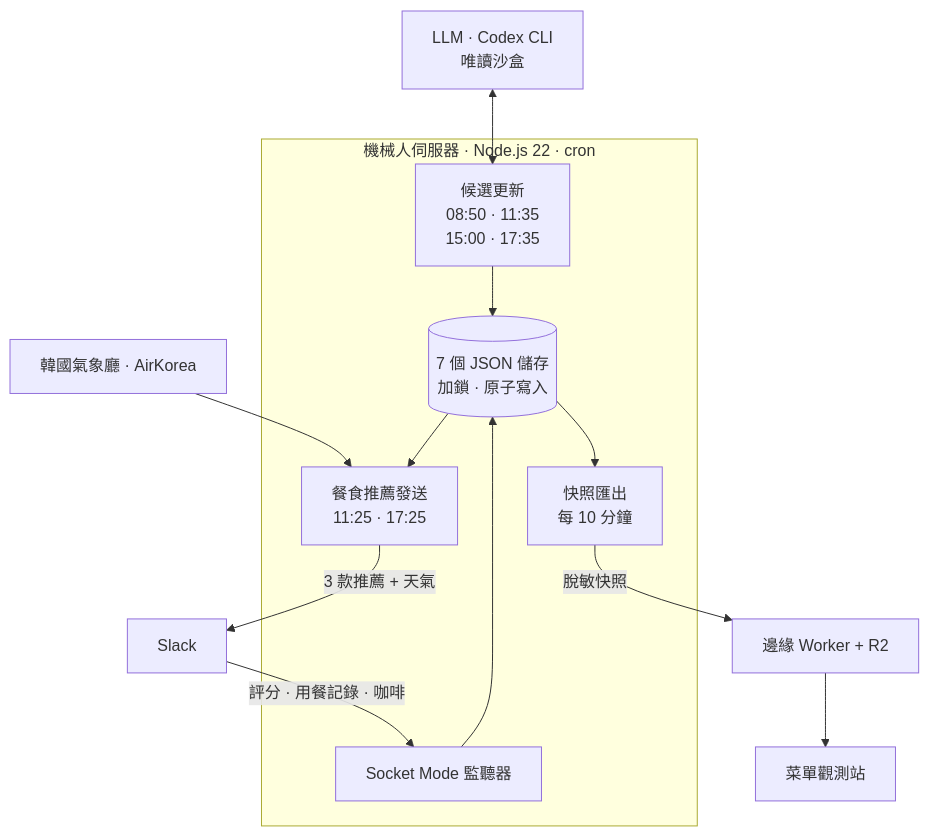
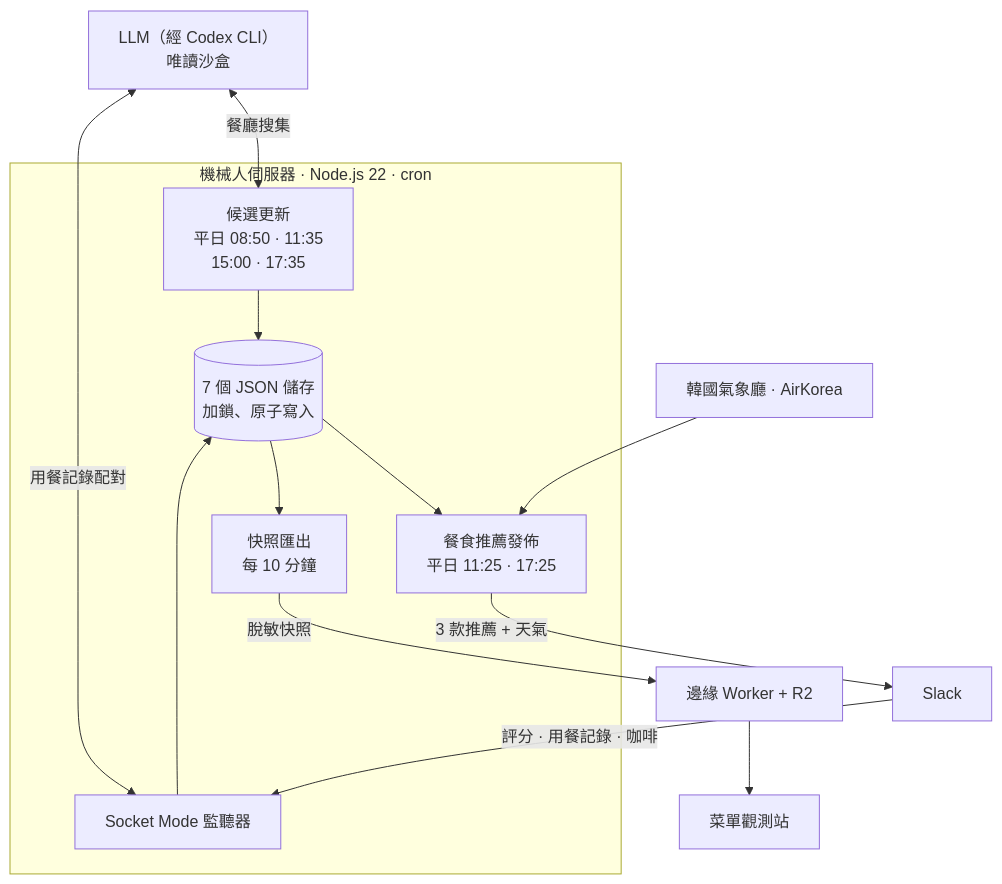
Before and after one commit to jumincho/ojeommwo: the diagram in README.zh-HK.md, drawn with Mermaid. The commit also changed other lines of this file and 3 other files, not shown here.

````diff
--- a/README.zh-HK.md
+++ b/README.zh-HK.md
@@ -47,26 +47,27 @@
 ```mermaid
 flowchart TB
-  llm["LLM · Codex CLI<br/>唯讀沙盒"]
+  llm["LLM（經 Codex CLI）<br/>唯讀沙盒"]
   weather["韓國氣象廳 · AirKorea"]
   subgraph bot["機械人伺服器 · Node.js 22 · cron"]
-    refresh["候選更新<br/>08:50 · 11:35<br/>15:00 · 17:35"]
-    post["餐食推薦發送<br/>11:25 · 17:25"]
-    store[("7 個 JSON 儲存<br/>加鎖 · 原子寫入")]
+    refresh["候選更新<br/>平日 08:50 · 11:35<br/>15:00 · 17:35"]
+    post["餐食推薦發佈<br/>平日 11:25 · 17:25"]
+    store[("7 個 JSON 儲存<br/>加鎖、原子寫入")]
     listener["Socket Mode 監聽器"]
     export["快照匯出<br/>每 10 分鐘"]
   end
   slack["Slack"]
   edge["邊緣 Worker + R2"]
   browser["菜單觀測站"]
 
-  llm <--> refresh
+  llm <-->|"餐廳搜集"| refresh
+  llm <-->|"用餐記錄配對"| listener
   weather --> post
   refresh --> store
   store --> post
   post -->|"3 款推薦 + 天氣"| slack
   slack -->|"評分 · 用餐記錄 · 咖啡"| listener
   listener --> store
   store --> export
   export -->|"脫敏快照"| edge
   edge --> browser
 ```
````
